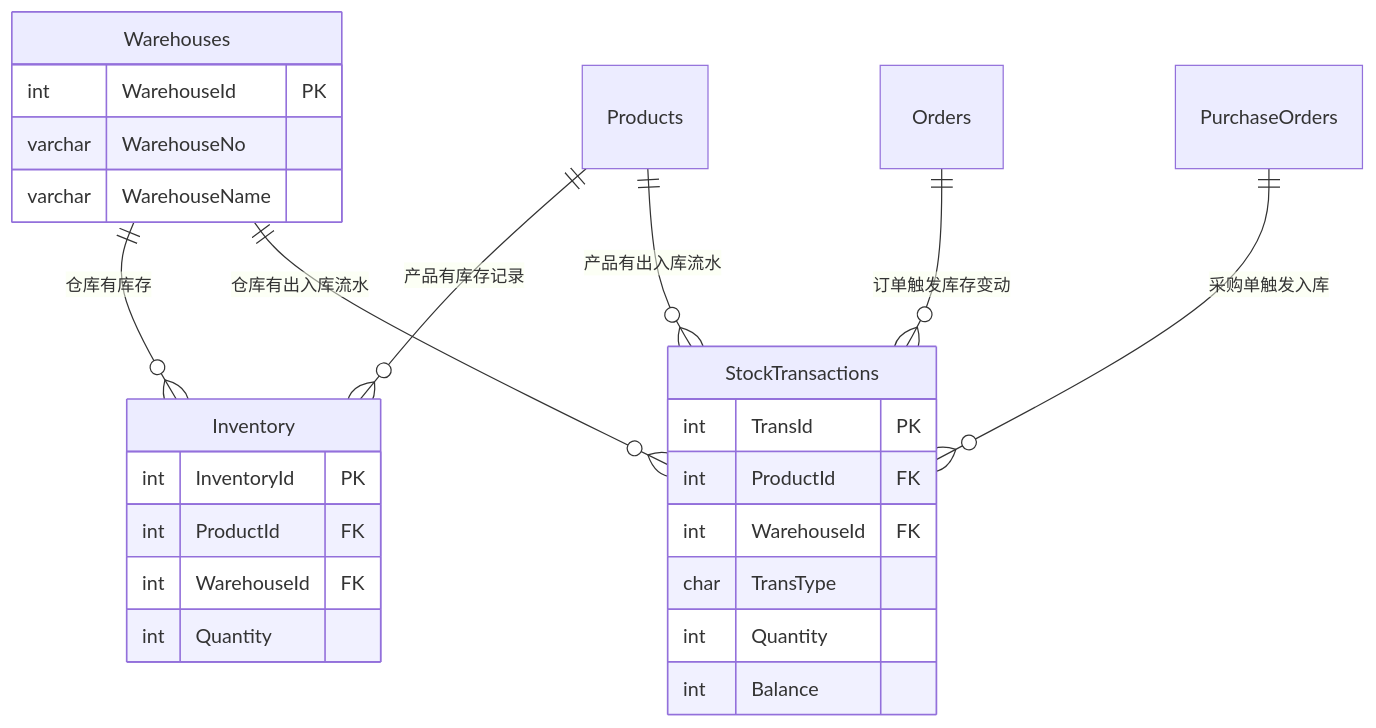
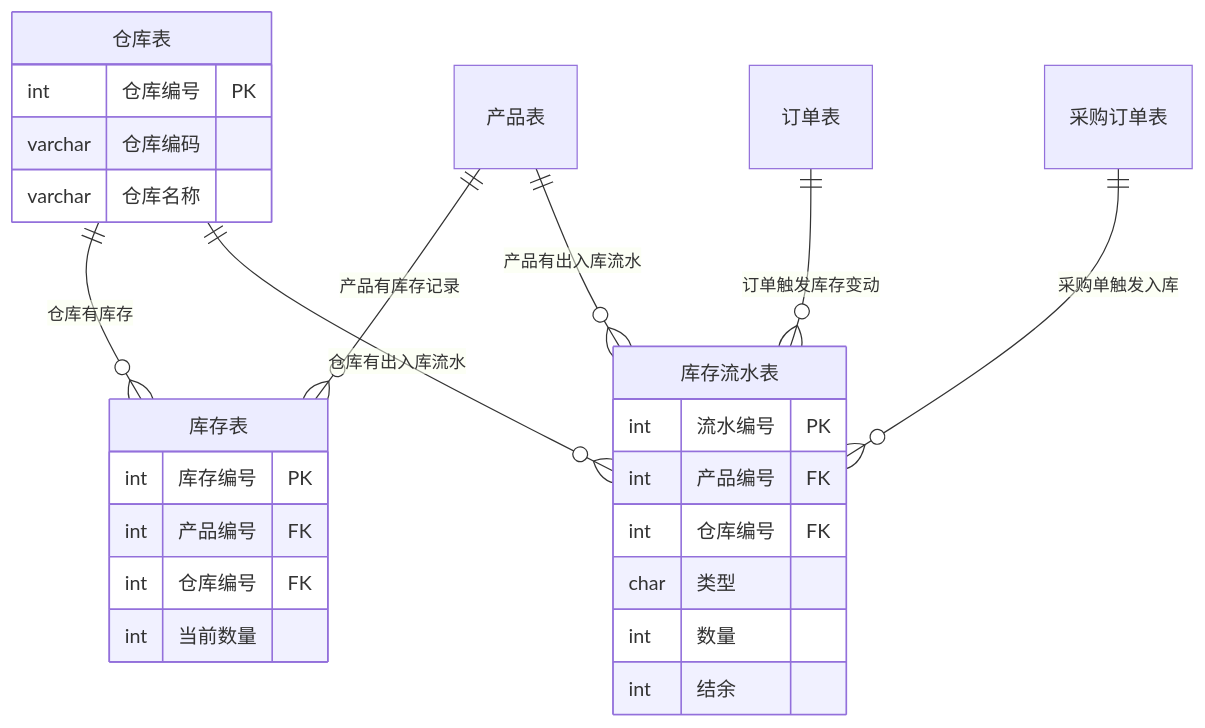
One commit to yangboyuth/effective-palm-tree changed the third of 8 diagrams in KCGL_ER.md. Above: the diagram before and after it, drawn with Mermaid. The commit also changed other lines of this file, not shown here.

````diff
--- a/KCGL_ER.md
+++ b/KCGL_ER.md
@@ -80,29 +80,29 @@
 ```mermaid
 erDiagram
-    Warehouses ||--o{ Inventory : "仓库有库存"
-    Products ||--o{ Inventory : "产品有库存记录"
-    Products ||--o{ StockTransactions : "产品有出入库流水"
-    Warehouses ||--o{ StockTransactions : "仓库有出入库流水"
-    Orders ||--o{ StockTransactions : "订单触发库存变动"
-    PurchaseOrders ||--o{ StockTransactions : "采购单触发入库"
+    "仓库表" ||--o{ "库存表" : "仓库有库存"
+    "产品表" ||--o{ "库存表" : "产品有库存记录"
+    "产品表" ||--o{ "库存流水表" : "产品有出入库流水"
+    "仓库表" ||--o{ "库存流水表" : "仓库有出入库流水"
+    "订单表" ||--o{ "库存流水表" : "订单触发库存变动"
+    "采购订单表" ||--o{ "库存流水表" : "采购单触发入库"
 
-    Warehouses {
-        int WarehouseId PK
-        varchar WarehouseNo
-        varchar WarehouseName
+    "仓库表" {
+        int 仓库编号 PK
+        varchar 仓库编码
+        varchar 仓库名称
     }
-    Inventory {
-        int InventoryId PK
-        int ProductId FK
-        int WarehouseId FK
-        int Quantity
+    "库存表" {
+        int 库存编号 PK
+        int 产品编号 FK
+        int 仓库编号 FK
+        int 当前数量
     }
-    StockTransactions {
-        int TransId PK
-        int ProductId FK
-        int WarehouseId FK
-        char TransType
-        int Quantity
-        int Balance
+    "库存流水表" {
+        int 流水编号 PK
+        int 产品编号 FK
+        int 仓库编号 FK
+        char 类型
+        int 数量
+        int 结余
     }
 ```
````
